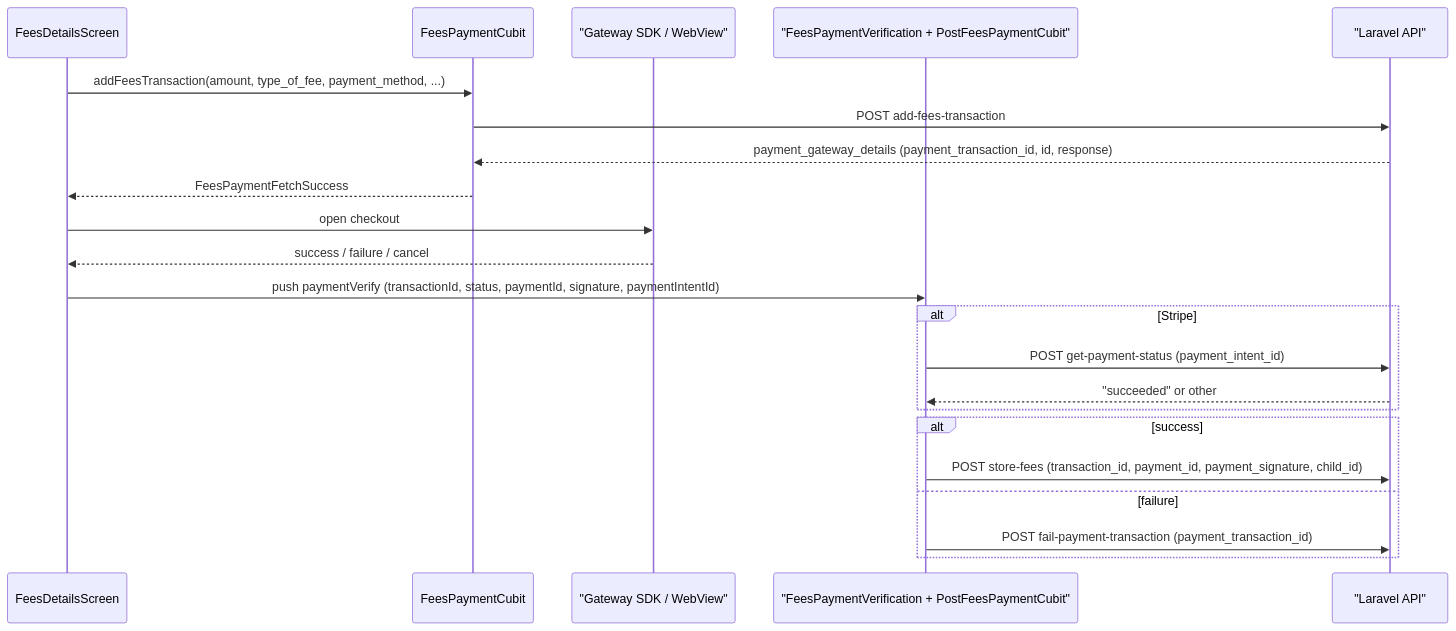
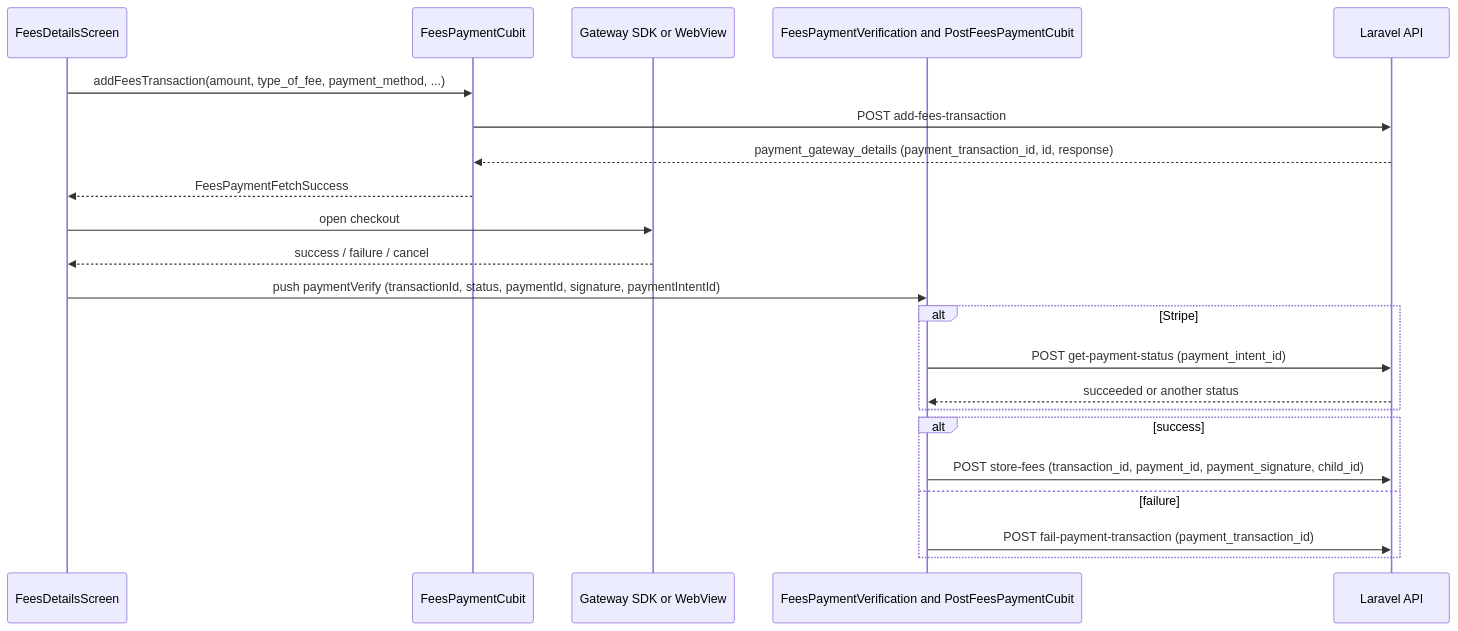
The diagram in wiki/Student-Parent-App.md (ShawnDaPrawn/Eschool), drawn with Mermaid before and after one commit. The commit also changed 4 other files, not shown here.

````diff
--- a/wiki/Student-Parent-App.md
+++ b/wiki/Student-Parent-App.md
@@ -208,24 +208,24 @@
 ```mermaid
 sequenceDiagram
     participant U as FeesDetailsScreen
     participant F as FeesPaymentCubit
-    participant G as "Gateway SDK / WebView"
-    participant V as "FeesPaymentVerification + PostFeesPaymentCubit"
-    participant API as "Laravel API"
+    participant G as Gateway SDK or WebView
+    participant V as FeesPaymentVerification and PostFeesPaymentCubit
+    participant API as Laravel API
     U->>F: addFeesTransaction(amount, type_of_fee, payment_method, ...)
     F->>API: POST add-fees-transaction
     API-->>F: payment_gateway_details (payment_transaction_id, id, response)
     F-->>U: FeesPaymentFetchSuccess
     U->>G: open checkout
     G-->>U: success / failure / cancel
     U->>V: push paymentVerify (transactionId, status, paymentId, signature, paymentIntentId)
     alt Stripe
         V->>API: POST get-payment-status (payment_intent_id)
-        API-->>V: "succeeded" or other
+        API-->>V: succeeded or another status
     end
     alt success
         V->>API: POST store-fees (transaction_id, payment_id, payment_signature, child_id)
     else failure
         V->>API: POST fail-payment-transaction (payment_transaction_id)
     end
 ```
````
